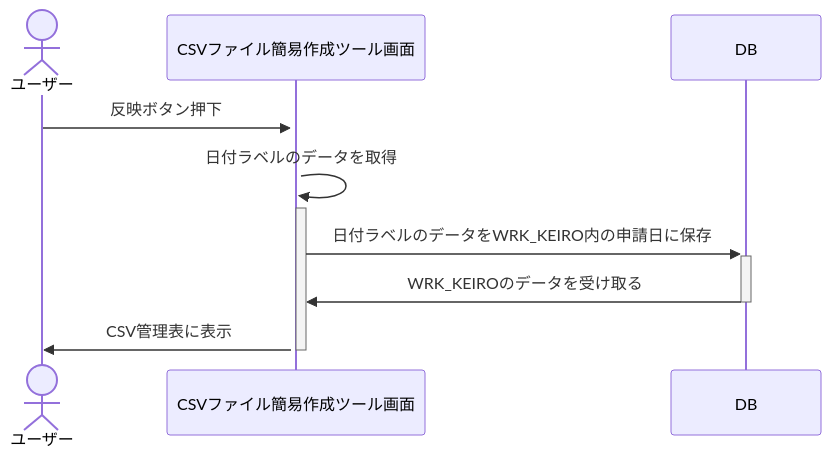
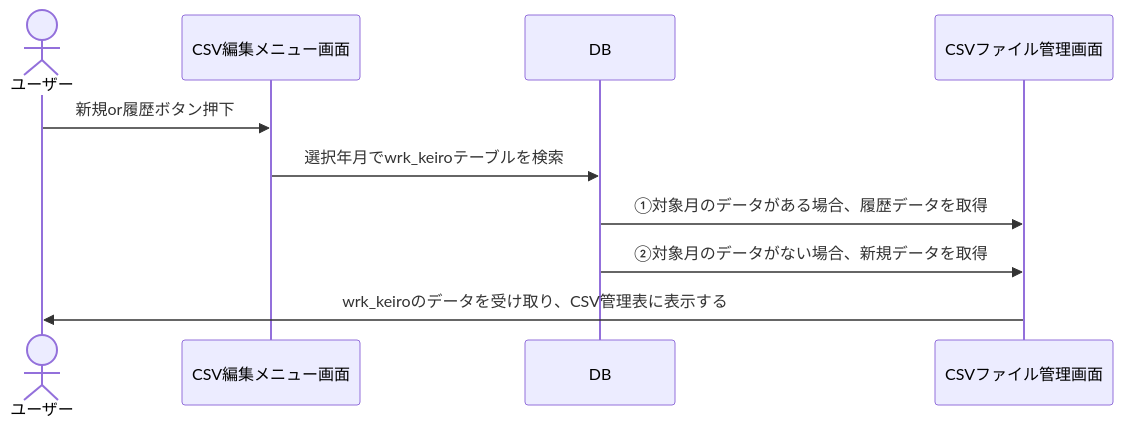
The third of 7 diagrams in AttrMF/csvdownload/csvcreate/docs/CreateKeiro.md (brain-yuhei/CsvCreateTool), drawn with Mermaid before and after one commit. The commit also changed other lines of this file and 16 other files, not shown here.

````diff
--- a/AttrMF/csvdownload/csvcreate/docs/CreateKeiro.md
+++ b/AttrMF/csvdownload/csvcreate/docs/CreateKeiro.md
@@ -309,13 +154,14 @@
 ```mermaid
 sequenceDiagram
 actor 1 as ユーザー
-participant 2 as CSVファイル簡易作成ツール画面
+participant 2 as CSV編集メニュー画面
 participant 3 as DB
+participant 4 as CSVファイル管理画面
 
-1->>+2: 反映ボタン押下
-2->>+2: 日付ラベルのデータを取得
-2->>+3: 日付ラベルのデータをWRK_KEIRO内の申請日に保存
-3->>-2: WRK_KEIROのデータを受け取る
-2->>-1: CSV管理表に表示
+1->>2: 新規or履歴ボタン押下
+2->>3: 選択年月でwrk_keiroテーブルを検索
+3->>4: ①対象月のデータがある場合、履歴データを取得
+3->>4: ②対象月のデータがない場合、新規データを取得
+4->>1: wrk_keiroのデータを受け取り、CSV管理表に表示する
 
 ```
````
